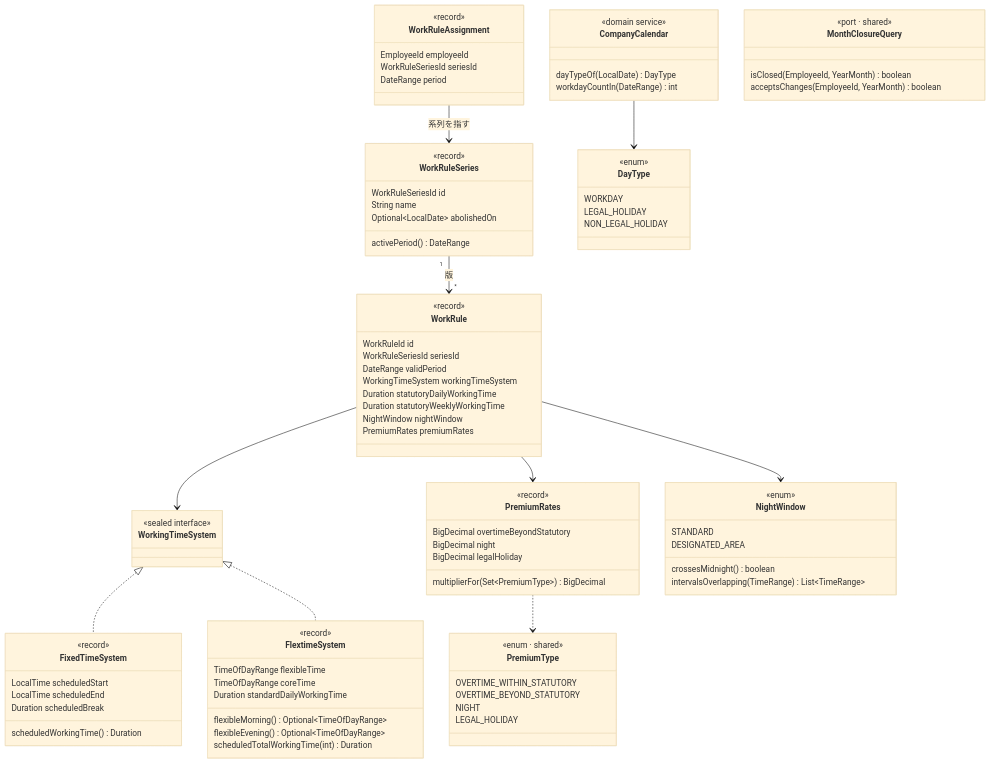
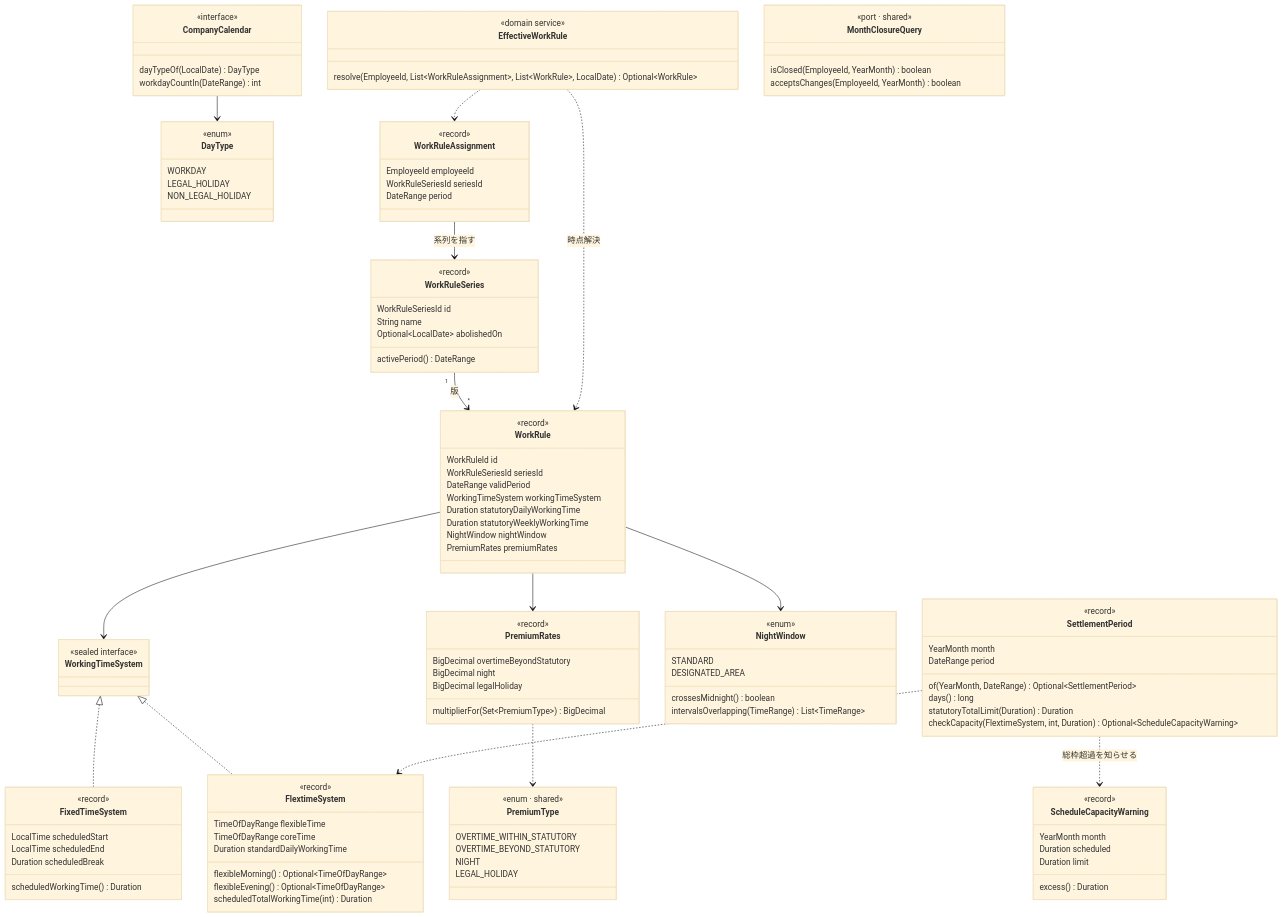
One commit to masaki-i02/newJavaProject changed the diagram in doc/02_詳細設計/02_就業規則・カレンダー/diagrams/ドメインモデル.mmd. Above: the diagram before and after it, drawn with Mermaid (base theme). The commit also changed 22 other files, not shown here.

```diff
--- a/doc/02_詳細設計/02_就業規則・カレンダー/diagrams/ドメインモデル.mmd
+++ b/doc/02_詳細設計/02_就業規則・カレンダー/diagrams/ドメインモデル.mmd
@@ -1,96 +1,120 @@
 classDiagram
     direction TB
 
     class WorkRuleSeries {
         <<record>>
         WorkRuleSeriesId id
         String name
         Optional~LocalDate~ abolishedOn
         activePeriod() DateRange
     }
 
     class WorkRule {
         <<record>>
         WorkRuleId id
         WorkRuleSeriesId seriesId
         DateRange validPeriod
         WorkingTimeSystem workingTimeSystem
         Duration statutoryDailyWorkingTime
         Duration statutoryWeeklyWorkingTime
         NightWindow nightWindow
         PremiumRates premiumRates
     }
 
     class WorkingTimeSystem {
         <<sealed interface>>
     }
     class FixedTimeSystem {
         <<record>>
         LocalTime scheduledStart
         LocalTime scheduledEnd
         Duration scheduledBreak
         scheduledWorkingTime() Duration
     }
     class FlextimeSystem {
         <<record>>
         TimeOfDayRange flexibleTime
         TimeOfDayRange coreTime
         Duration standardDailyWorkingTime
         flexibleMorning() Optional~TimeOfDayRange~
         flexibleEvening() Optional~TimeOfDayRange~
         scheduledTotalWorkingTime(int) Duration
     }
 
     class PremiumRates {
         <<record>>
         BigDecimal overtimeBeyondStatutory
         BigDecimal night
         BigDecimal legalHoliday
         multiplierFor(Set~PremiumType~) BigDecimal
     }
     class NightWindow {
         <<enum>>
         STANDARD
         DESIGNATED_AREA
         crossesMidnight() boolean
         intervalsOverlapping(TimeRange) List~TimeRange~
     }
     class DayType {
         <<enum>>
         WORKDAY
         LEGAL_HOLIDAY
         NON_LEGAL_HOLIDAY
     }
     class CompanyCalendar {
-        <<domain service>>
+        <<interface>>
         dayTypeOf(LocalDate) DayType
         workdayCountIn(DateRange) int
+    }
+    class SettlementPeriod {
+        <<record>>
+        YearMonth month
+        DateRange period
+        of(YearMonth, DateRange) Optional~SettlementPeriod~
+        days() long
+        statutoryTotalLimit(Duration) Duration
+        checkCapacity(FlextimeSystem, int, Duration) Optional~ScheduleCapacityWarning~
+    }
+    class ScheduleCapacityWarning {
+        <<record>>
+        YearMonth month
+        Duration scheduled
+        Duration limit
+        excess() Duration
+    }
+    class EffectiveWorkRule {
+        <<domain service>>
+        resolve(EmployeeId, List~WorkRuleAssignment~, List~WorkRule~, LocalDate) Optional~WorkRule~
     }
     class WorkRuleAssignment {
         <<record>>
         EmployeeId employeeId
         WorkRuleSeriesId seriesId
         DateRange period
     }
     class PremiumType {
         <<enum · shared>>
         OVERTIME_WITHIN_STATUTORY
         OVERTIME_BEYOND_STATUTORY
         NIGHT
         LEGAL_HOLIDAY
     }
     class MonthClosureQuery {
         <<port · shared>>
         isClosed(EmployeeId, YearMonth) boolean
         acceptsChanges(EmployeeId, YearMonth) boolean
     }
 
     WorkingTimeSystem <|.. FixedTimeSystem
     WorkingTimeSystem <|.. FlextimeSystem
     WorkRuleSeries "1" --> "*" WorkRule : 版
     WorkRule --> WorkingTimeSystem
     WorkRule --> PremiumRates
     WorkRule --> NightWindow
     PremiumRates ..> PremiumType
     CompanyCalendar --> DayType
     WorkRuleAssignment --> WorkRuleSeries : 系列を指す
+    SettlementPeriod ..> ScheduleCapacityWarning : 総枠超過を知らせる
+    SettlementPeriod ..> FlextimeSystem
+    EffectiveWorkRule ..> WorkRuleAssignment
+    EffectiveWorkRule ..> WorkRule : 時点解決
```
